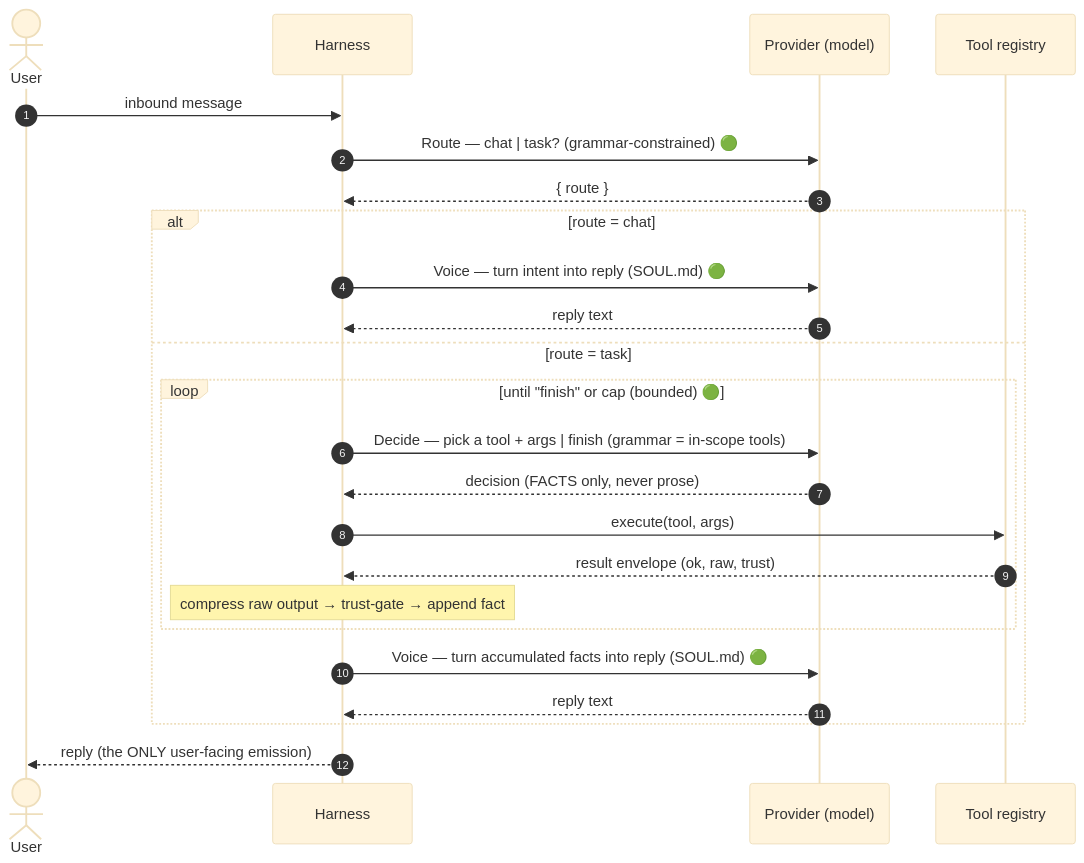
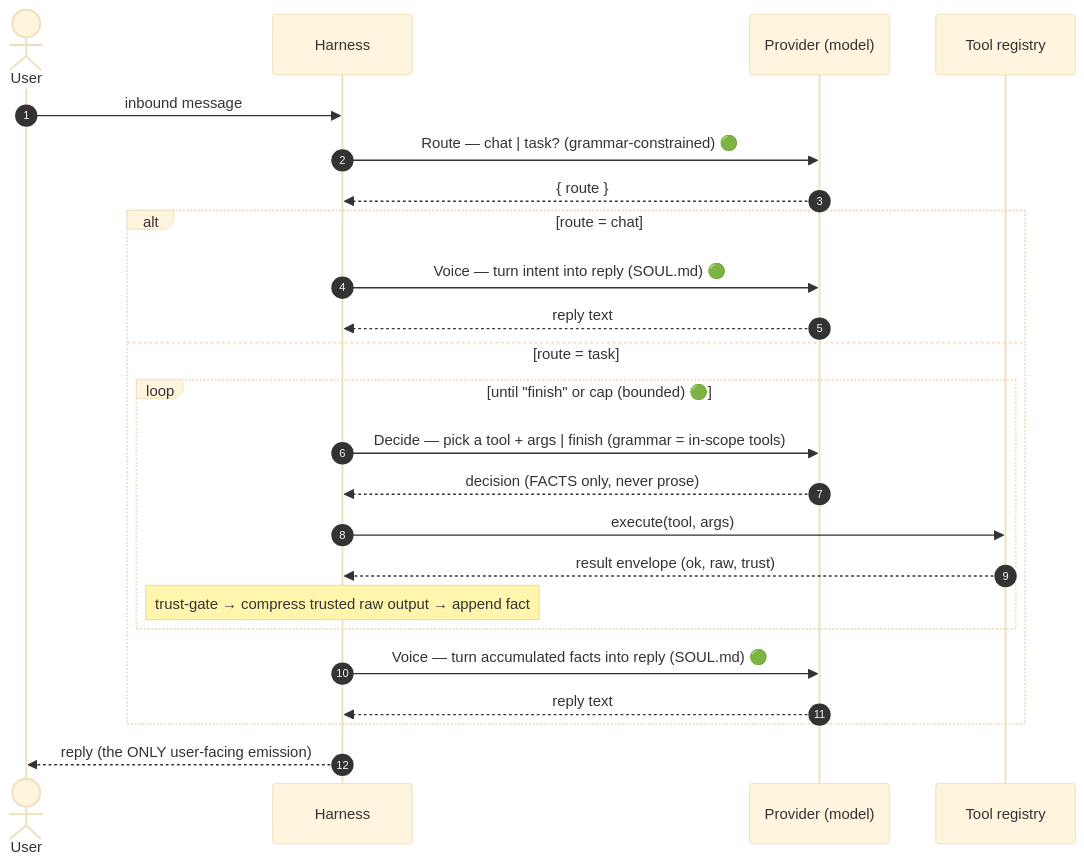
One commit to macro88/grugling changed the fourth of 6 diagrams in docs/design/code-design.md. Above: the diagram before and after it, drawn with Mermaid (base theme). The commit also changed other lines of this file, not shown here.

````diff
--- a/docs/design/code-design.md
+++ b/docs/design/code-design.md
@@ -249,28 +249,28 @@
 ```mermaid
 sequenceDiagram
     autonumber
     actor User
     participant H as Harness
     participant P as Provider (model)
     participant T as Tool registry
 
     User->>H: inbound message
     H->>P: Route — chat | task?  (grammar-constrained)  🟢
     P-->>H: { route }
 
     alt route = chat
         H->>P: Voice — turn intent into reply (SOUL.md)  🟢
         P-->>H: reply text
     else route = task
         loop until "finish" or cap (bounded)  🟢
             H->>P: Decide — pick a tool + args | finish  (grammar = in-scope tools)
             P-->>H: decision (FACTS only, never prose)
             H->>T: execute(tool, args)
             T-->>H: result envelope (ok, raw, trust)
-            Note over H: compress raw output → trust-gate → append fact
+            Note over H: trust-gate → compress trusted raw output → append fact
         end
         H->>P: Voice — turn accumulated facts into reply (SOUL.md)  🟢
         P-->>H: reply text
     end
     H-->>User: reply (the ONLY user-facing emission)
 ```
````
